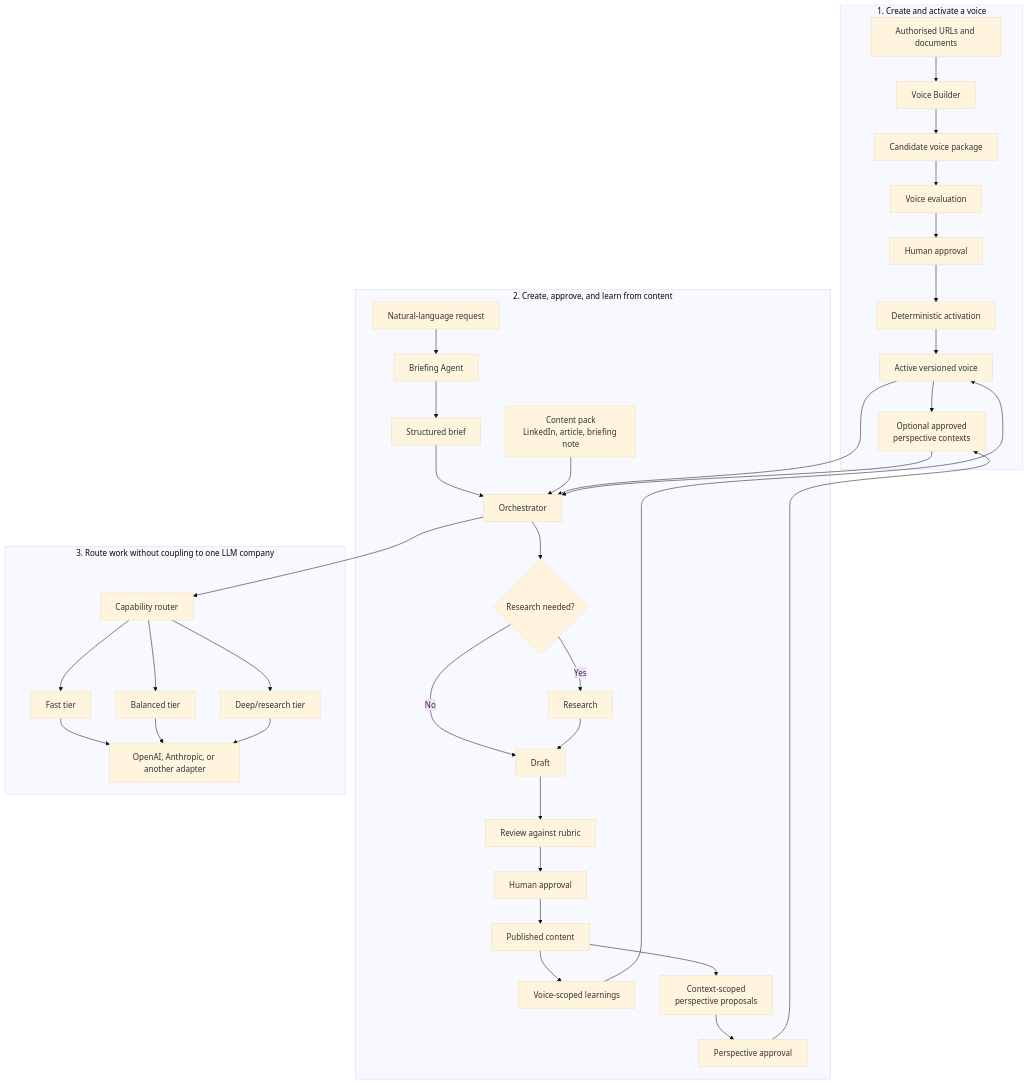
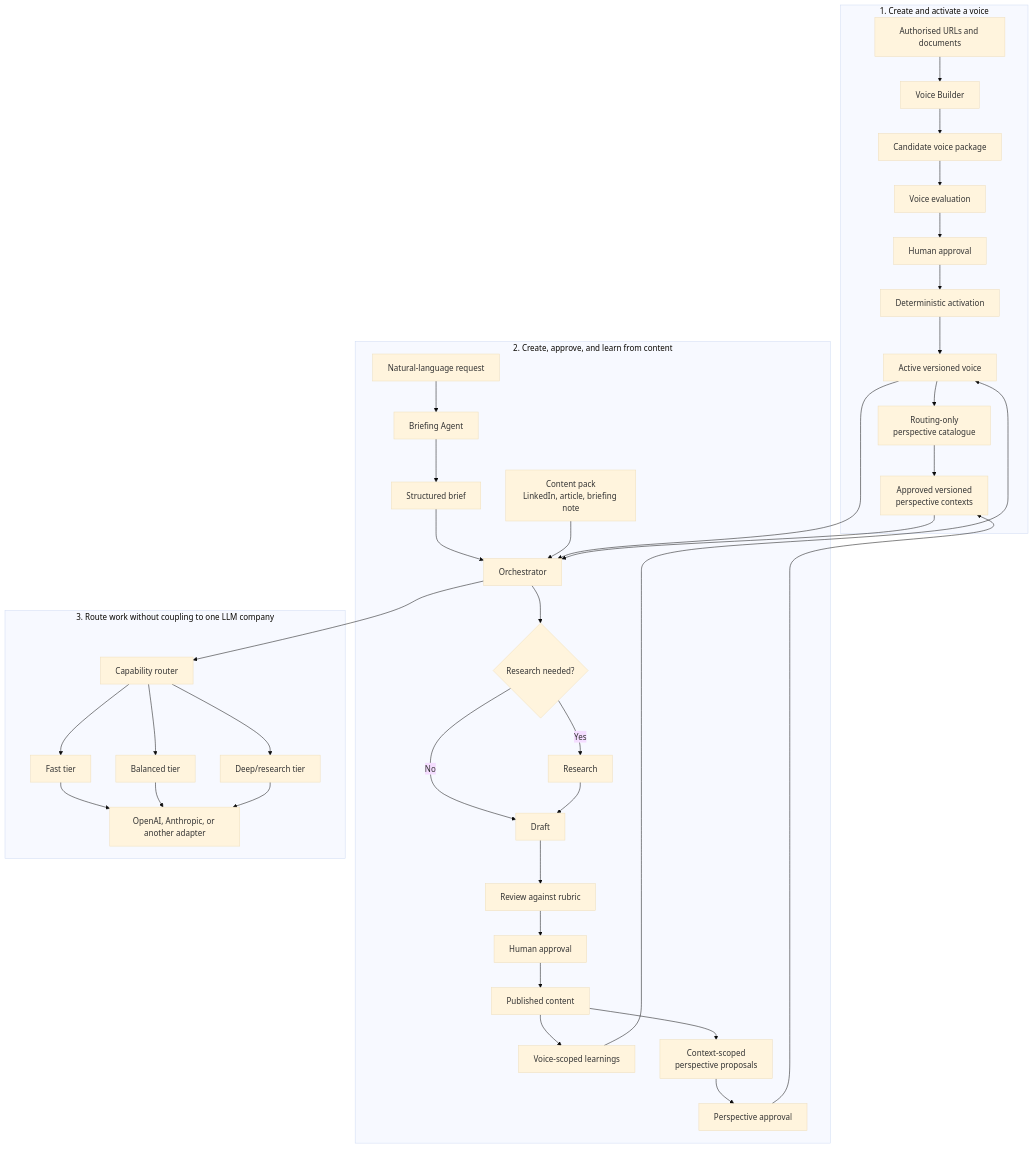
The diagram in README.md (vadhoob90/Content_Creator_Core), drawn with Mermaid (base theme) before and after one commit. The commit also changed other lines of this file and 19 other files, not shown here.

Commit message:
Add automatic perspective catalogue resolution

````diff
--- a/README.md
+++ b/README.md
@@ -18,43 +18,44 @@
 ```mermaid
 flowchart TD
     subgraph Voice["1. Create and activate a voice"]
         S["Authorised URLs and documents"] --> VB["Voice Builder"]
         VB --> VP["Candidate voice package"]
         VP --> VE["Voice evaluation"]
         VE --> VA["Human approval"]
         VA --> AC["Deterministic activation"]
         AC --> AV["Active versioned voice"]
-        AV --> PC["Optional approved<br/>perspective contexts"]
+        AV --> CAT["Routing-only<br/>perspective catalogue"]
+        CAT --> PC["Approved versioned<br/>perspective contexts"]
     end
 
     subgraph Content["2. Create, approve, and learn from content"]
         R["Natural-language request"] --> BA["Briefing Agent"]
         BA --> BR["Structured brief"]
         BR --> OR["Orchestrator"]
         PK["Content pack<br/>LinkedIn, article, briefing note"] --> OR
         AV --> OR
         PC --> OR
         OR --> RD{"Research needed?"}
         RD -- "No" --> DR["Draft"]
         RD -- "Yes" --> RS["Research"]
         RS --> DR
         DR --> RV["Review against rubric"]
         RV --> HA["Human approval"]
         HA --> PB["Published content"]
         PB --> VL["Voice-scoped learnings"]
         VL --> AV
         PB --> PP["Context-scoped<br/>perspective proposals"]
         PP --> PPA["Perspective approval"]
         PPA --> PC
     end
 
     subgraph Models["3. Route work without coupling to one LLM company"]
         OR --> RT["Capability router"]
         RT --> FT["Fast tier"]
         RT --> BT["Balanced tier"]
         RT --> DT["Deep/research tier"]
         FT --> PA["OpenAI, Anthropic, or another adapter"]
         BT --> PA
         DT --> PA
     end
 ```
````
